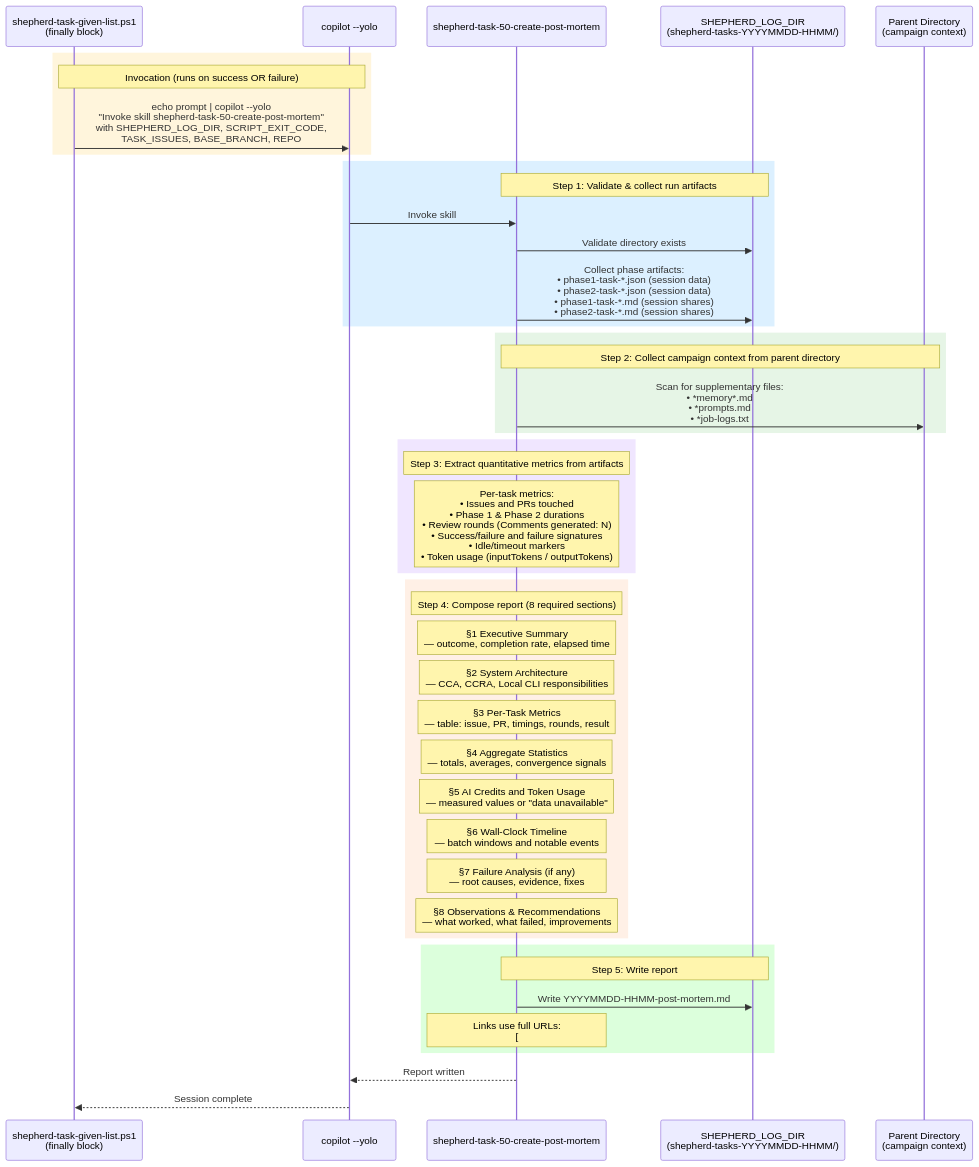
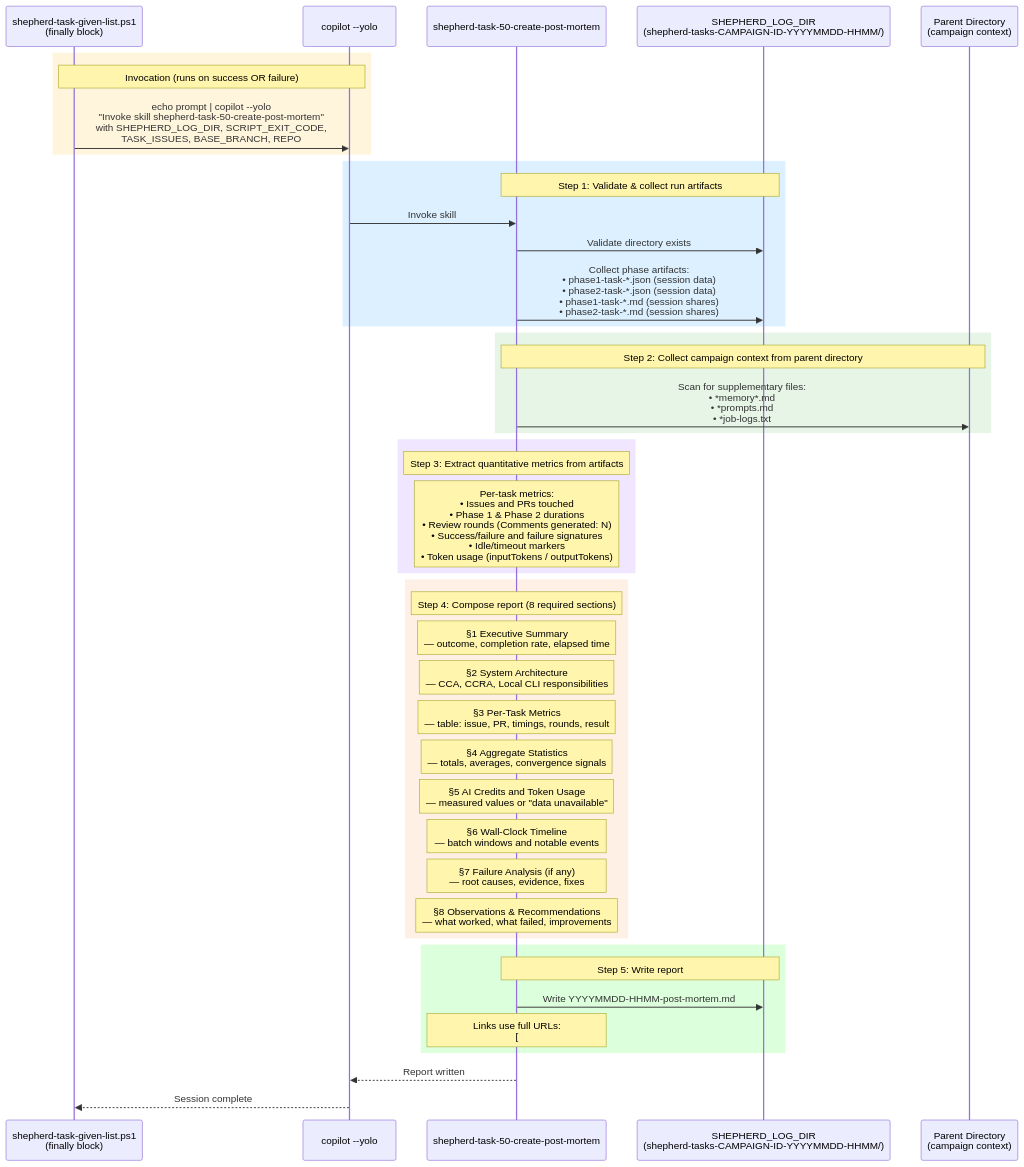
Before and after one commit to github/awesome-copilot: the diagram in plugins/shepherd-task/figure-05-post-mortem.md, drawn with Mermaid. The commit also changed 18 other files, not shown here.

````diff
--- a/plugins/shepherd-task/figure-05-post-mortem.md
+++ b/plugins/shepherd-task/figure-05-post-mortem.md
@@ -7,51 +7,51 @@
 ```mermaid
 sequenceDiagram
     participant STGL as shepherd-task-given-list.ps1<br/>(finally block)
     participant Copilot as copilot --yolo
     participant Skill as shepherd-task-50-create-post-mortem
-    participant LogDir as SHEPHERD_LOG_DIR<br/>(shepherd-tasks-YYYYMMDD-HHMM/)
+    participant LogDir as SHEPHERD_LOG_DIR<br/>(shepherd-tasks-CAMPAIGN-ID-YYYYMMDD-HHMM/)
     participant ParentDir as Parent Directory<br/>(campaign context)
 
     rect rgb(255, 245, 220)
         Note over STGL,Copilot: Invocation (runs on success OR failure)
         STGL->>Copilot: echo prompt | copilot --yolo<br/>"Invoke skill shepherd-task-50-create-post-mortem"<br/>with SHEPHERD_LOG_DIR, SCRIPT_EXIT_CODE,<br/>TASK_ISSUES, BASE_BRANCH, REPO
     end
 
     rect rgb(220, 240, 255)
         Note over Skill,LogDir: Step 1: Validate & collect run artifacts
         Copilot->>Skill: Invoke skill
         Skill->>LogDir: Validate directory exists
         Skill->>LogDir: Collect phase artifacts:<br/>• phase1-task-*.json (session data)<br/>• phase2-task-*.json (session data)<br/>• phase1-task-*.md (session shares)<br/>• phase2-task-*.md (session shares)
     end
 
     rect rgb(230, 245, 230)
         Note over Skill,ParentDir: Step 2: Collect campaign context from parent directory
         Skill->>ParentDir: Scan for supplementary files:<br/>• *memory*.md<br/>• *prompts.md<br/>• *job-logs.txt
     end
 
     rect rgb(240, 230, 255)
         Note over Skill: Step 3: Extract quantitative metrics from artifacts
         Note over Skill: Per-task metrics:<br/>• Issues and PRs touched<br/>• Phase 1 & Phase 2 durations<br/>• Review rounds (Comments generated: N)<br/>• Success/failure and failure signatures<br/>• Idle/timeout markers<br/>• Token usage (inputTokens / outputTokens)
     end
 
     rect rgb(255, 240, 230)
         Note over Skill: Step 4: Compose report (8 required sections)
         Note over Skill: §1 Executive Summary<br/>  — outcome, completion rate, elapsed time
         Note over Skill: §2 System Architecture<br/>  — CCA, CCRA, Local CLI responsibilities
         Note over Skill: §3 Per-Task Metrics<br/>  — table: issue, PR, timings, rounds, result
         Note over Skill: §4 Aggregate Statistics<br/>  — totals, averages, convergence signals
         Note over Skill: §5 AI Credits and Token Usage<br/>  — measured values or "data unavailable"
         Note over Skill: §6 Wall-Clock Timeline<br/>  — batch windows and notable events
         Note over Skill: §7 Failure Analysis (if any)<br/>  — root causes, evidence, fixes
         Note over Skill: §8 Observations & Recommendations<br/>  — what worked, what failed, improvements
     end
 
     rect rgb(220, 255, 220)
         Note over Skill,LogDir: Step 5: Write report
         Skill->>LogDir: Write YYYYMMDD-HHMM-post-mortem.md
         Note over Skill: Links use full URLs:<br/>[#123](https://github.com/REPO/issues/123)<br/>[#456](https://github.com/REPO/pull/456)
     end
 
     Skill-->>Copilot: Report written
     Copilot-->>STGL: Session complete
 ```
````
